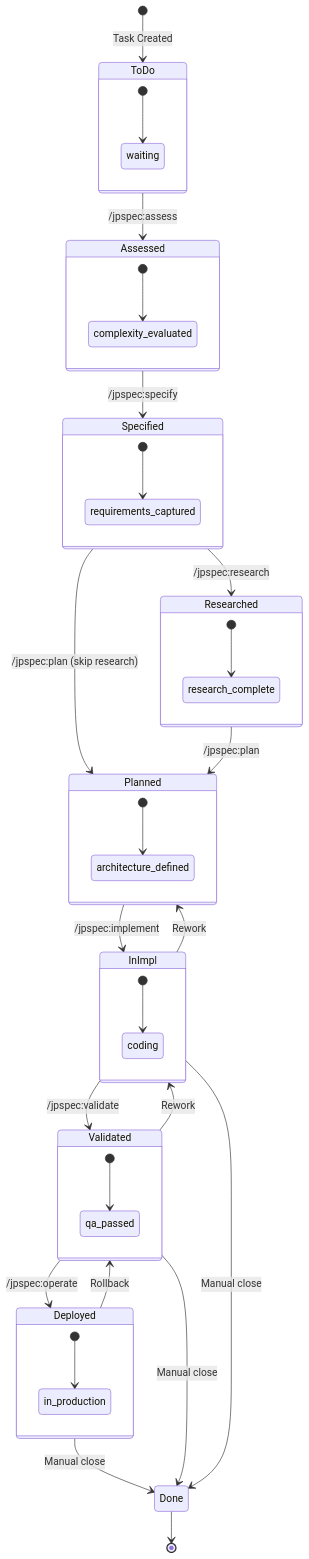
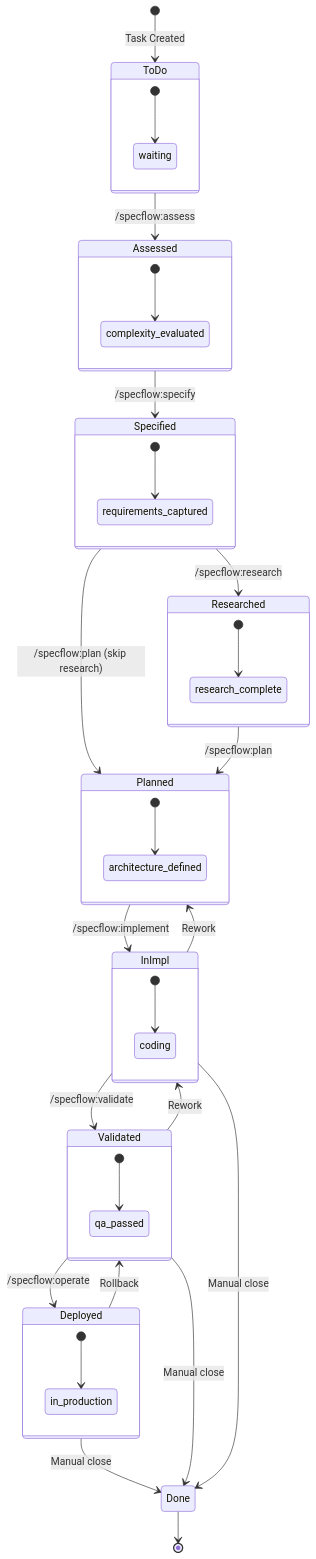
Before and after one commit to jpoley/jp-spec-kit: the first of 5 diagrams in docs/reference/agent-architecture-diagrams.md, drawn with Mermaid. The commit also changed other lines of this file and 514 other files, not shown here.

First line of the commit message:
feat!: rename /jpspec commands to /specflow with CI fixes (#719)

````diff
--- a/docs/reference/agent-architecture-diagrams.md
+++ b/docs/reference/agent-architecture-diagrams.md
@@ -21,48 +21,48 @@
 ```mermaid
 stateDiagram-v2
     [*] --> ToDo: Task Created
 
-    ToDo --> Assessed: /jpspec:assess
-    Assessed --> Specified: /jpspec:specify
-    Specified --> Researched: /jpspec:research
-    Specified --> Planned: /jpspec:plan (skip research)
-    Researched --> Planned: /jpspec:plan
-    Planned --> InImpl: /jpspec:implement
-    InImpl --> Validated: /jpspec:validate
-    Validated --> Deployed: /jpspec:operate
+    ToDo --> Assessed: /specflow:assess
+    Assessed --> Specified: /specflow:specify
+    Specified --> Researched: /specflow:research
+    Specified --> Planned: /specflow:plan (skip research)
+    Researched --> Planned: /specflow:plan
+    Planned --> InImpl: /specflow:implement
+    InImpl --> Validated: /specflow:validate
+    Validated --> Deployed: /specflow:operate
 
     Deployed --> Done: Manual close
     Validated --> Done: Manual close
     InImpl --> Done: Manual close
 
     InImpl --> Planned: Rework
     Validated --> InImpl: Rework
     Deployed --> Validated: Rollback
 
     Done --> [*]
 
     state ToDo {
         [*] --> waiting
     }
     state Assessed {
         [*] --> complexity_evaluated
     }
     state Specified {
         [*] --> requirements_captured
     }
     state Researched {
         [*] --> research_complete
     }
     state Planned {
         [*] --> architecture_defined
     }
     state InImpl {
         [*] --> coding
     }
     state Validated {
         [*] --> qa_passed
     }
     state Deployed {
         [*] --> in_production
     }
 ```
````
